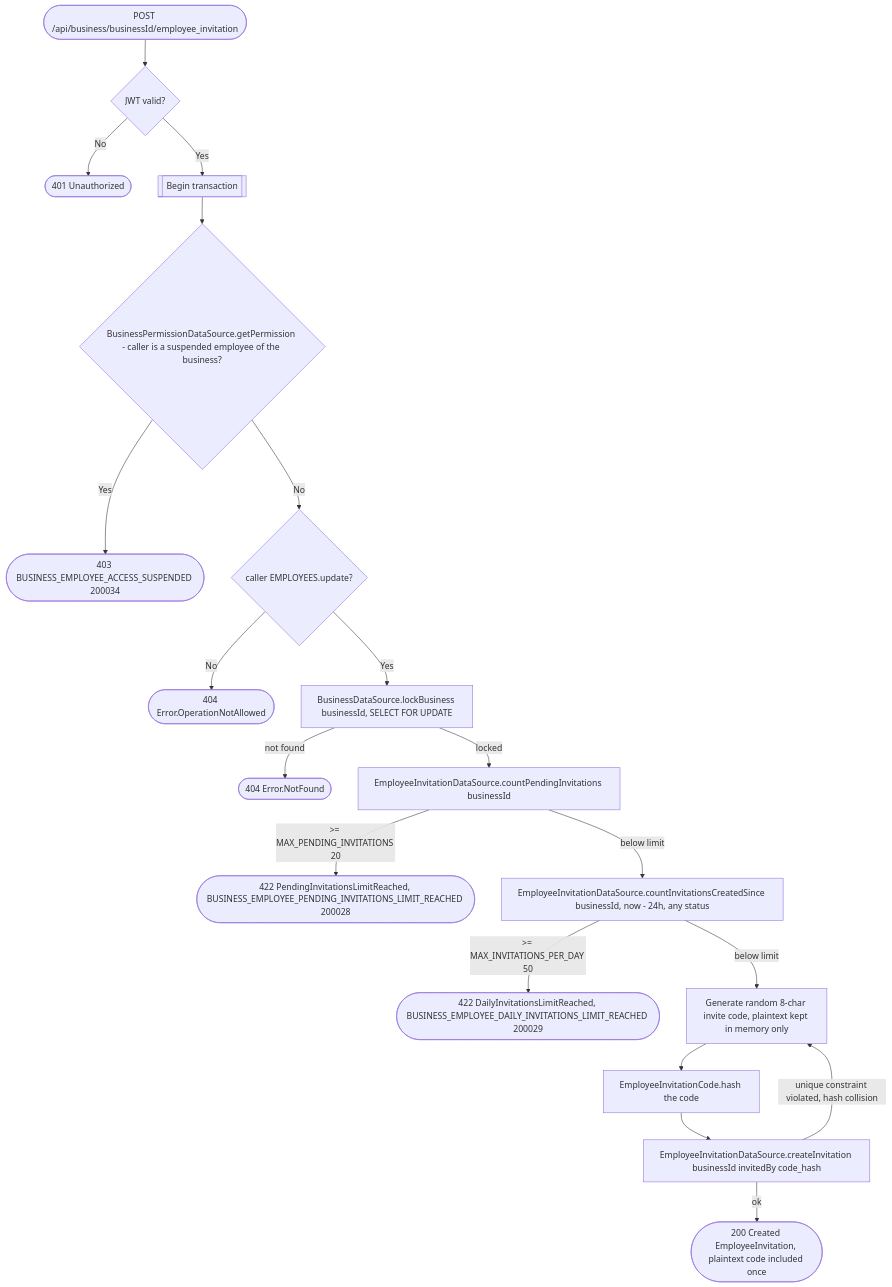
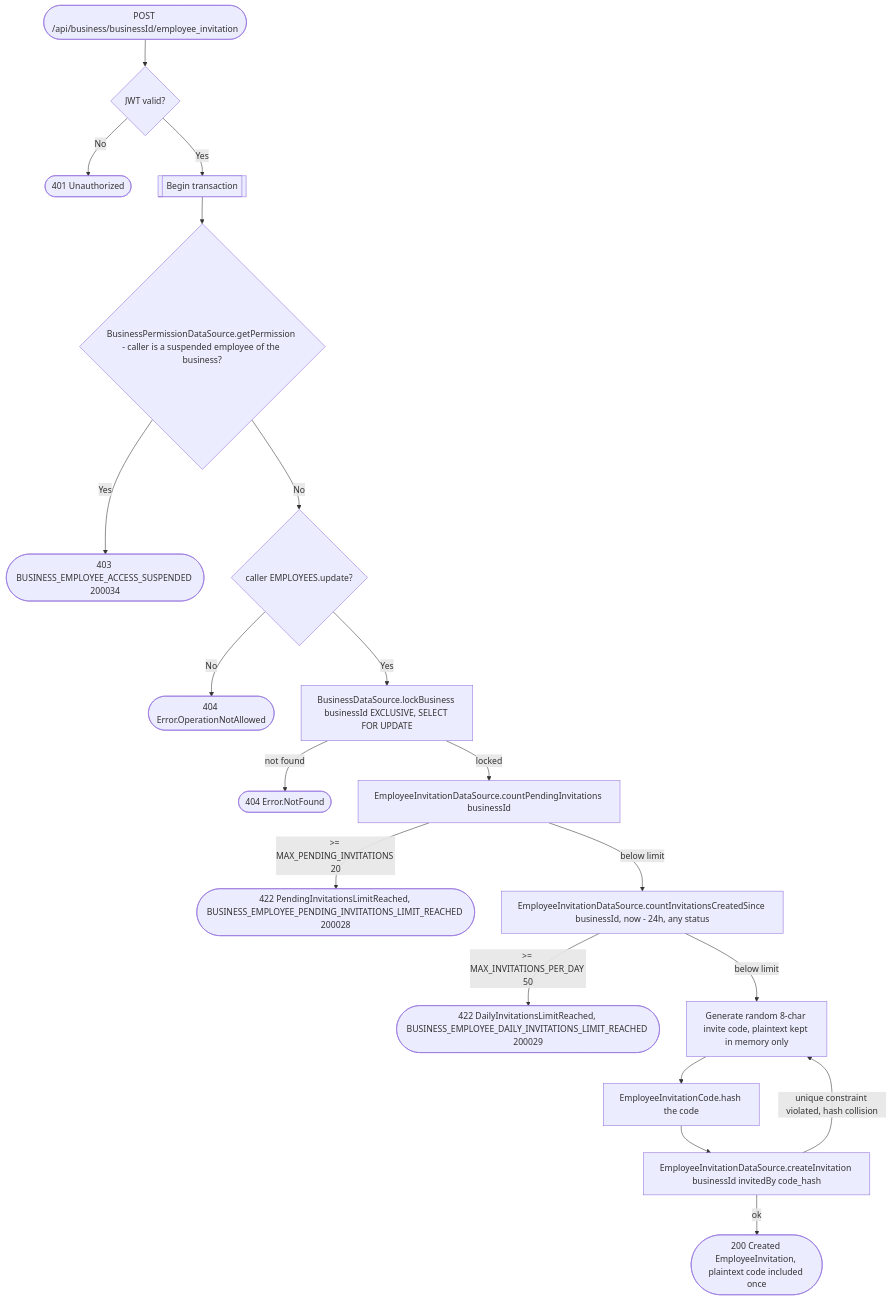
Before and after one commit to an22/bookk.me-backend: the diagram in docs/operations/business/create-employee-invitation.md, drawn with Mermaid. The commit also changed other lines of this file and 46 other files, not shown here.

````diff
--- a/docs/operations/business/create-employee-invitation.md
+++ b/docs/operations/business/create-employee-invitation.md
@@ -57,21 +57,21 @@
 ```mermaid
 flowchart TD
     Start([POST /api/business/businessId/employee_invitation]) --> Auth{JWT valid?}
     Auth -- No --> R401([401 Unauthorized])
     Auth -- Yes --> Tx[[Begin transaction]]
     Tx --> Suspended{BusinessPermissionDataSource.getPermission - caller is a suspended employee of the business?}
     Suspended -- Yes --> R403s([403 BUSINESS_EMPLOYEE_ACCESS_SUSPENDED 200034])
     Suspended -- No --> Perm{caller EMPLOYEES.update?}
     Perm -- No --> R404a([404 Error.OperationNotAllowed])
-    Perm -- Yes --> LockBiz[BusinessDataSource.lockBusiness businessId, SELECT FOR UPDATE]
+    Perm -- Yes --> LockBiz[BusinessDataSource.lockBusiness businessId EXCLUSIVE, SELECT FOR UPDATE]
     LockBiz -- not found --> R404b([404 Error.NotFound])
     LockBiz -- locked --> Count[EmployeeInvitationDataSource.countPendingInvitations businessId]
     Count -- ">= MAX_PENDING_INVITATIONS 20" --> R422([422 PendingInvitationsLimitReached, BUSINESS_EMPLOYEE_PENDING_INVITATIONS_LIMIT_REACHED 200028])
     Count -- below limit --> CountToday[EmployeeInvitationDataSource.countInvitationsCreatedSince businessId, now - 24h, any status]
     CountToday -- ">= MAX_INVITATIONS_PER_DAY 50" --> R422b([422 DailyInvitationsLimitReached, BUSINESS_EMPLOYEE_DAILY_INVITATIONS_LIMIT_REACHED 200029])
     CountToday -- below limit --> GenCode[Generate random 8-char invite code, plaintext kept in memory only]
     GenCode --> HashCode[EmployeeInvitationCode.hash the code]
     HashCode --> CreateInvite[EmployeeInvitationDataSource.createInvitation businessId invitedBy code_hash]
     CreateInvite -- unique constraint violated, hash collision --> GenCode
     CreateInvite -- ok --> R200([200 Created EmployeeInvitation, plaintext code included once])
 ```
````
